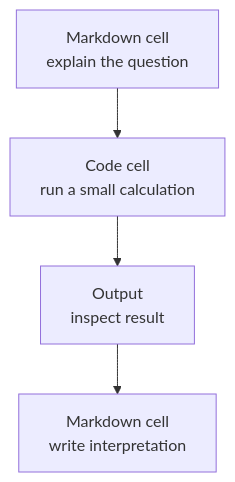
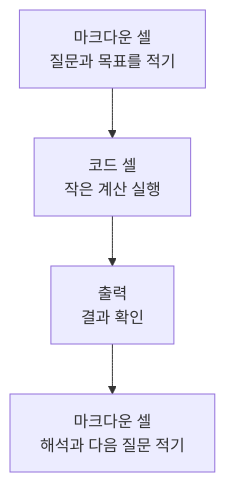
Before and after one commit to devchan64/AiBook: the first of 2 diagrams in docs/parts/part-02/chapter-10/section-01.md, drawn with Mermaid. The commit also changed other lines of this file and 17 other files, not shown here.

Commit message:
docs: localize more part 2 mermaid diagrams

````diff
--- a/docs/parts/part-02/chapter-10/section-01.md
+++ b/docs/parts/part-02/chapter-10/section-01.md
@@ -110,9 +110,9 @@
 ```mermaid
 flowchart TD
-  A["Markdown cell<br/>explain the question"]
-  B["Code cell<br/>run a small calculation"]
-  C["Output<br/>inspect result"]
-  D["Markdown cell<br/>write interpretation"]
+  A["마크다운 셀<br/>질문과 목표를 적기"]
+  B["코드 셀<br/>작은 계산 실행"]
+  C["출력<br/>결과 확인"]
+  D["마크다운 셀<br/>해석과 다음 질문 적기"]
 
   A --> B --> C --> D
 ```
````
